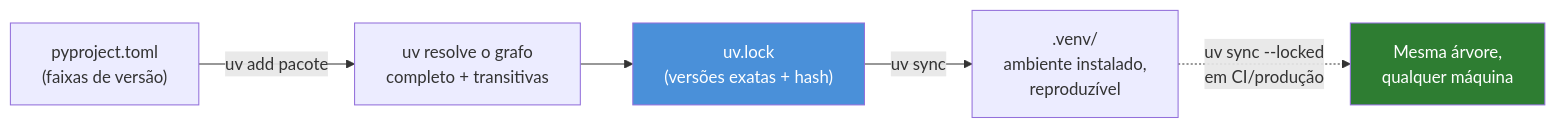
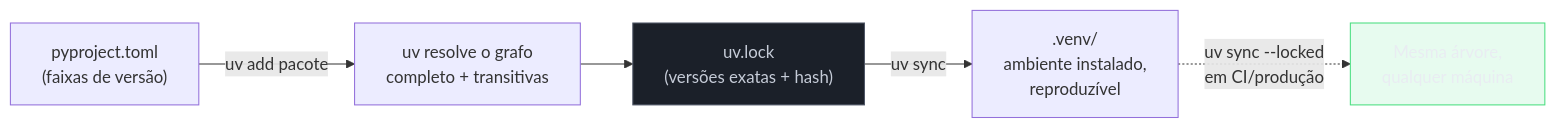
Before and after one commit to josenaldo/codex-technomanticus: the second of 2 diagrams in 03-Dominios/Tecnologia/Python/Build e tooling/04 - uv — o gerenciador moderno.md, drawn with Mermaid. The commit also changed 1181 other files, not shown here.

First line of the commit message:
fix(diagramas): paleta do sistema no lugar de cor cravada no markdown

````diff
--- a/03-Dominios/Tecnologia/Python/Build e tooling/04 - uv — o gerenciador moderno.md
+++ b/03-Dominios/Tecnologia/Python/Build e tooling/04 - uv — o gerenciador moderno.md
@@ -166,10 +166,12 @@
 ```mermaid
 flowchart LR
+    classDef neutro fill:#1B2029,stroke:#4E5666,color:#C6CCD8
+    classDef ok fill:#4ADE8021,stroke:#4ADE80,color:#E9ECF2
     A["pyproject.toml<br/>(faixas de versão)"] -->|"uv add pacote"| B["uv resolve o grafo<br/>completo + transitivas"]
     B --> C["uv.lock<br/>(versões exatas + hash)"]
     C -->|"uv sync"| D[".venv/<br/>ambiente instalado,<br/>reproduzível"]
     D -.->|"uv sync --locked<br/>em CI/produção"| E["Mesma árvore,<br/>qualquer máquina"]
 
-    style C fill:#4A90D9,color:#fff
-    style E fill:#2E7D32,color:#fff
+    class C neutro
+    class E ok
 ```
````
